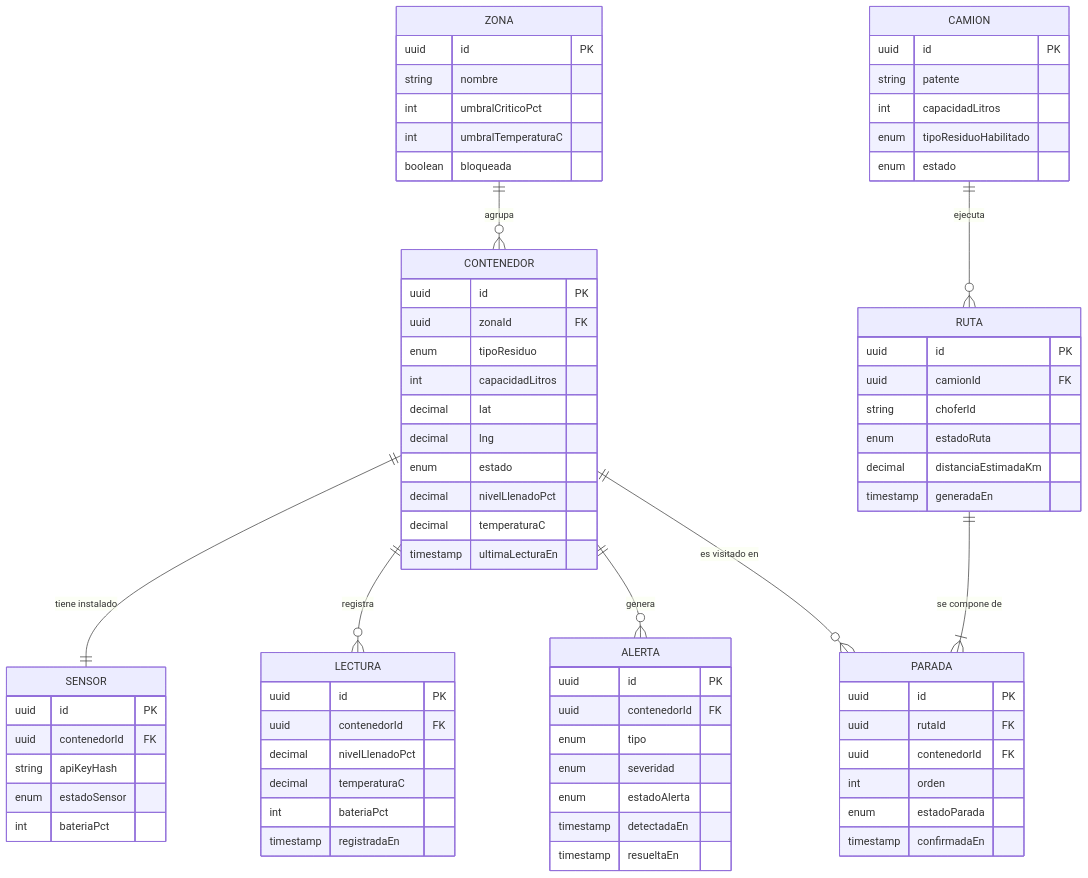
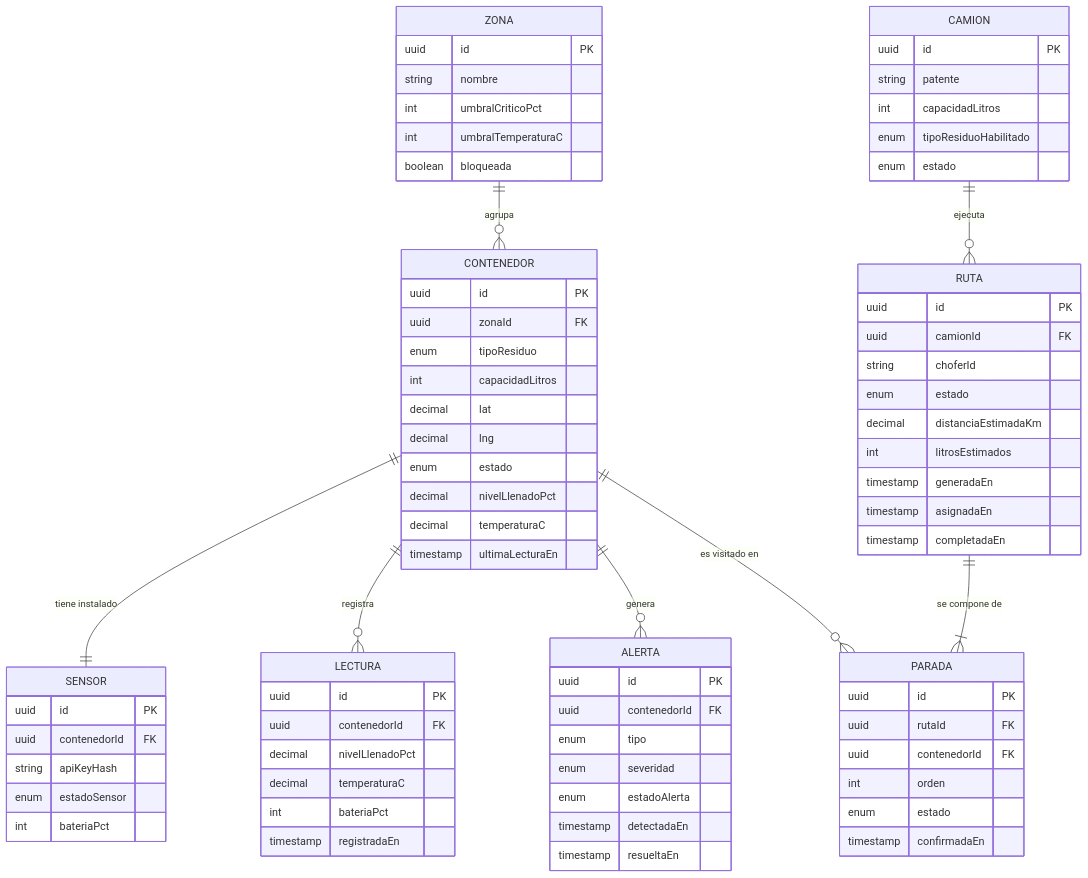
Before and after one commit to ResiduosCityPass/citypass-residuos: the diagram in docs/arquitectura/modelo-de-datos.md, drawn with Mermaid. The commit also changed other lines of this file and 29 other files, not shown here.

````diff
--- a/docs/arquitectura/modelo-de-datos.md
+++ b/docs/arquitectura/modelo-de-datos.md
@@ -7,77 +7,80 @@
 ```mermaid
 erDiagram
     ZONA ||--o{ CONTENEDOR : agrupa
     CONTENEDOR ||--|| SENSOR : "tiene instalado"
     CONTENEDOR ||--o{ LECTURA : registra
     CONTENEDOR ||--o{ ALERTA : genera
     CONTENEDOR ||--o{ PARADA : "es visitado en"
     CAMION ||--o{ RUTA : ejecuta
     RUTA ||--|{ PARADA : "se compone de"
 
     ZONA {
         uuid id PK
         string nombre
         int umbralCriticoPct
         int umbralTemperaturaC
         boolean bloqueada
     }
     CONTENEDOR {
         uuid id PK
         uuid zonaId FK
         enum tipoResiduo
         int capacidadLitros
         decimal lat
         decimal lng
         enum estado
         decimal nivelLlenadoPct
         decimal temperaturaC
         timestamp ultimaLecturaEn
     }
     SENSOR {
         uuid id PK
         uuid contenedorId FK
         string apiKeyHash
         enum estadoSensor
         int bateriaPct
     }
     LECTURA {
         uuid id PK
         uuid contenedorId FK
         decimal nivelLlenadoPct
         decimal temperaturaC
         int bateriaPct
         timestamp registradaEn
     }
     ALERTA {
         uuid id PK
         uuid contenedorId FK
         enum tipo
         enum severidad
         enum estadoAlerta
         timestamp detectadaEn
         timestamp resueltaEn
     }
     CAMION {
         uuid id PK
         string patente
         int capacidadLitros
         enum tipoResiduoHabilitado
         enum estado
     }
     RUTA {
         uuid id PK
         uuid camionId FK
         string choferId
-        enum estadoRuta
+        enum estado
         decimal distanciaEstimadaKm
+        int litrosEstimados
         timestamp generadaEn
+        timestamp asignadaEn
+        timestamp completadaEn
     }
     PARADA {
         uuid id PK
         uuid rutaId FK
         uuid contenedorId FK
         int orden
-        enum estadoParada
+        enum estado
         timestamp confirmadaEn
     }
 ```
````
